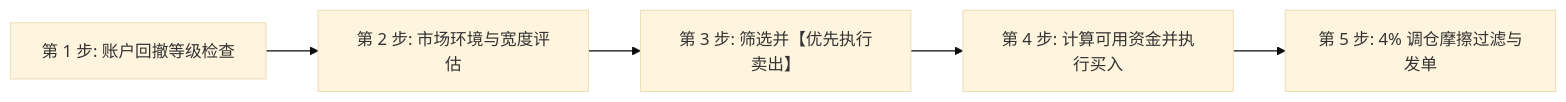
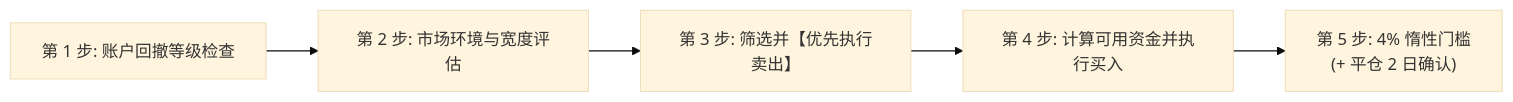
Before and after one commit to stonewell/quant_research: the second of 2 diagrams in docs/ruleset/chan_four_state_execution/rules_cn.md, drawn with Mermaid (base theme). The commit also changed other lines of this file and 11 other files, not shown here.

````diff
--- a/docs/ruleset/chan_four_state_execution/rules_cn.md
+++ b/docs/ruleset/chan_four_state_execution/rules_cn.md
@@ -35,7 +35,7 @@
 ```mermaid
 flowchart LR
     T1["第 1 步: 账户回撤等级检查"] --> T2["第 2 步: 市场环境与宽度评估"]
     T2 --> T3["第 3 步: 筛选并【优先执行卖出】"]
     T3 --> T4["第 4 步: 计算可用资金并执行买入"]
-    T4 --> T5["第 5 步: 4% 调仓摩擦过滤与发单"]
+    T4 --> T5["第 5 步: 4% 惰性门槛\n(+ 平仓 2 日确认)"]
 ```
````
